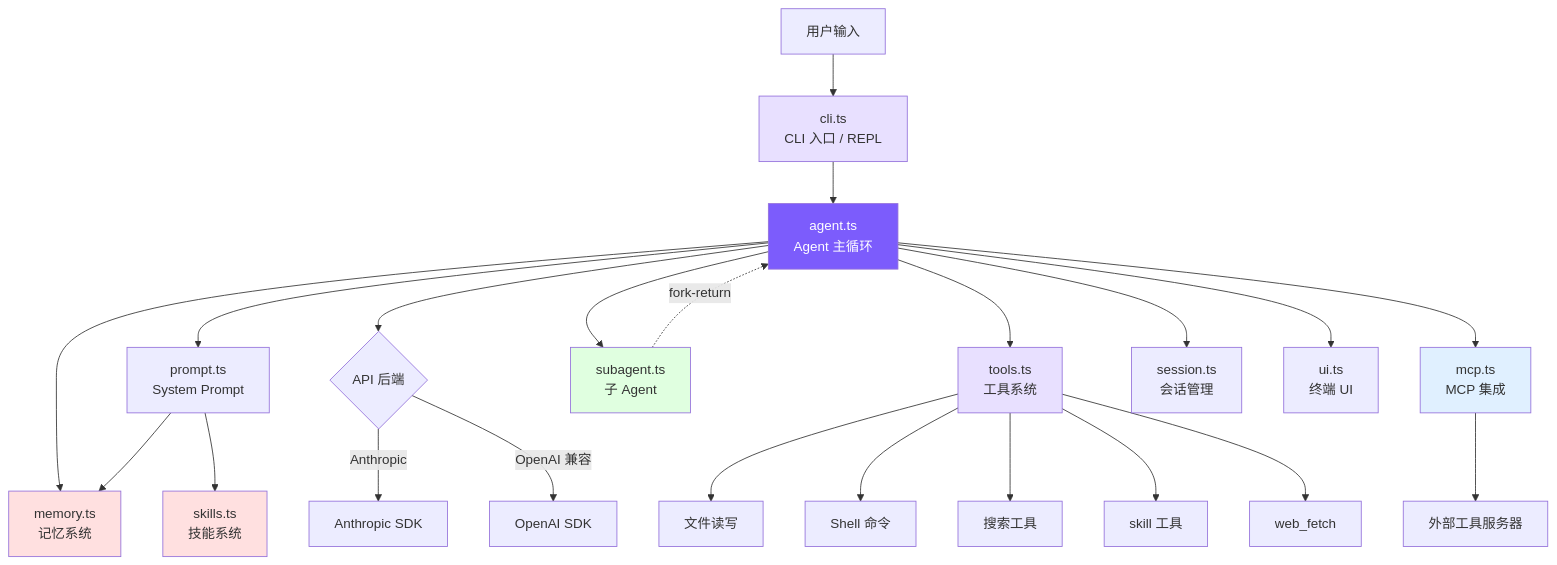
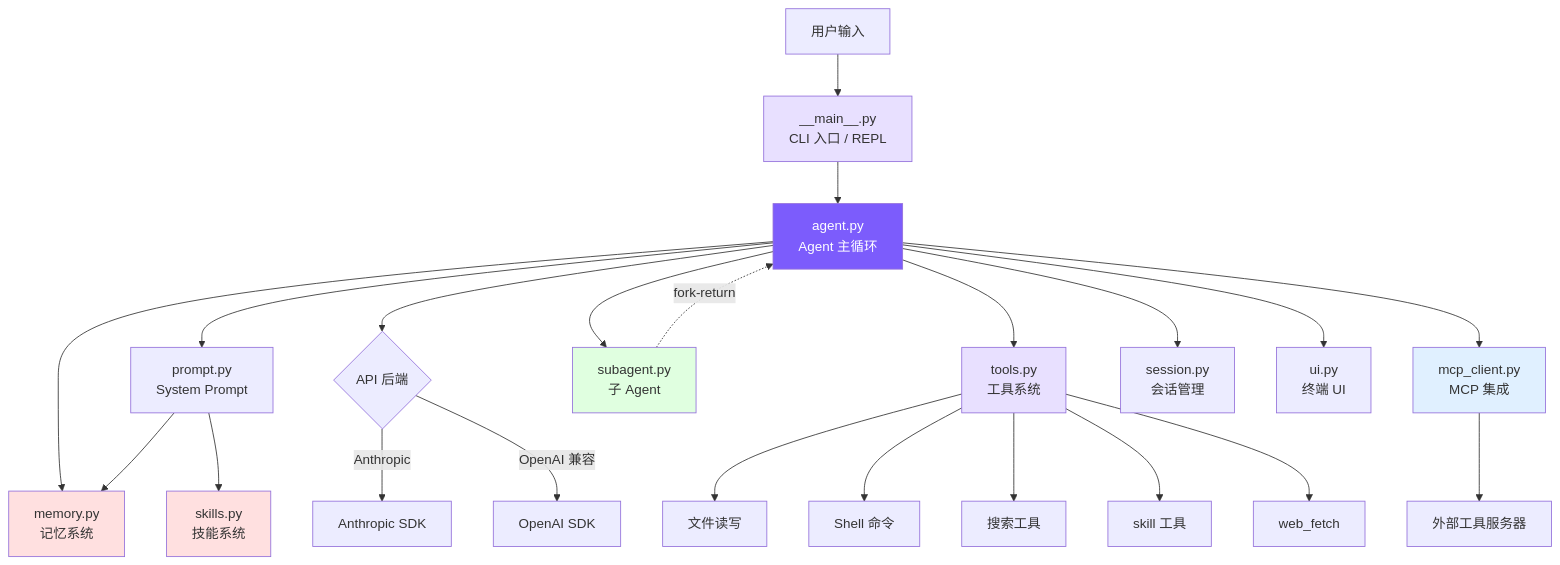
Before and after one commit to lidaixingchen/claude-code-from-scratch: the diagram in docs/00-introduction.md, drawn with Mermaid. The commit also changed other lines of this file, not shown here.

````diff
--- a/docs/00-introduction.md
+++ b/docs/00-introduction.md
@@ -55,32 +55,32 @@
 ```mermaid
 graph TB
-    User[用户输入] --> CLI[cli.ts<br/>CLI 入口 / REPL]
-    CLI --> Agent[agent.ts<br/>Agent 主循环]
-    Agent --> Prompt[prompt.ts<br/>System Prompt]
+    User[用户输入] --> CLI[__main__.py<br/>CLI 入口 / REPL]
+    CLI --> Agent[agent.py<br/>Agent 主循环]
+    Agent --> Prompt[prompt.py<br/>System Prompt]
     Agent --> API{API 后端}
     API -->|Anthropic| AnthropicSDK[Anthropic SDK]
     API -->|OpenAI 兼容| OpenAISDK[OpenAI SDK]
-    Agent --> Tools[tools.ts<br/>工具系统]
+    Agent --> Tools[tools.py<br/>工具系统]
     Tools --> FS[文件读写]
     Tools --> Shell[Shell 命令]
     Tools --> Search[搜索工具]
     Tools --> SkillTool[skill 工具]
     Tools --> WebFetch[web_fetch]
-    Agent --> SubAgent[subagent.ts<br/>子 Agent]
+    Agent --> SubAgent[subagent.py<br/>子 Agent]
     SubAgent -.->|fork-return| Agent
-    Agent --> Memory[memory.ts<br/>记忆系统]
+    Agent --> Memory[memory.py<br/>记忆系统]
     Prompt --> Memory
-    Prompt --> Skills[skills.ts<br/>技能系统]
-    Agent --> MCP[mcp.ts<br/>MCP 集成]
+    Prompt --> Skills[skills.py<br/>技能系统]
+    Agent --> MCP[mcp_client.py<br/>MCP 集成]
     MCP --> ExtTools[外部工具服务器]
-    Agent --> Session[session.ts<br/>会话管理]
-    Agent --> UI[ui.ts<br/>终端 UI]
+    Agent --> Session[session.py<br/>会话管理]
+    Agent --> UI[ui.py<br/>终端 UI]
 
     style Agent fill:#7c5cfc,color:#fff
     style Tools fill:#e8e0ff
     style CLI fill:#e8e0ff
     style Memory fill:#ffe0e0
     style Skills fill:#ffe0e0
     style SubAgent fill:#e0ffe0
     style MCP fill:#e0f0ff
 ```
````
